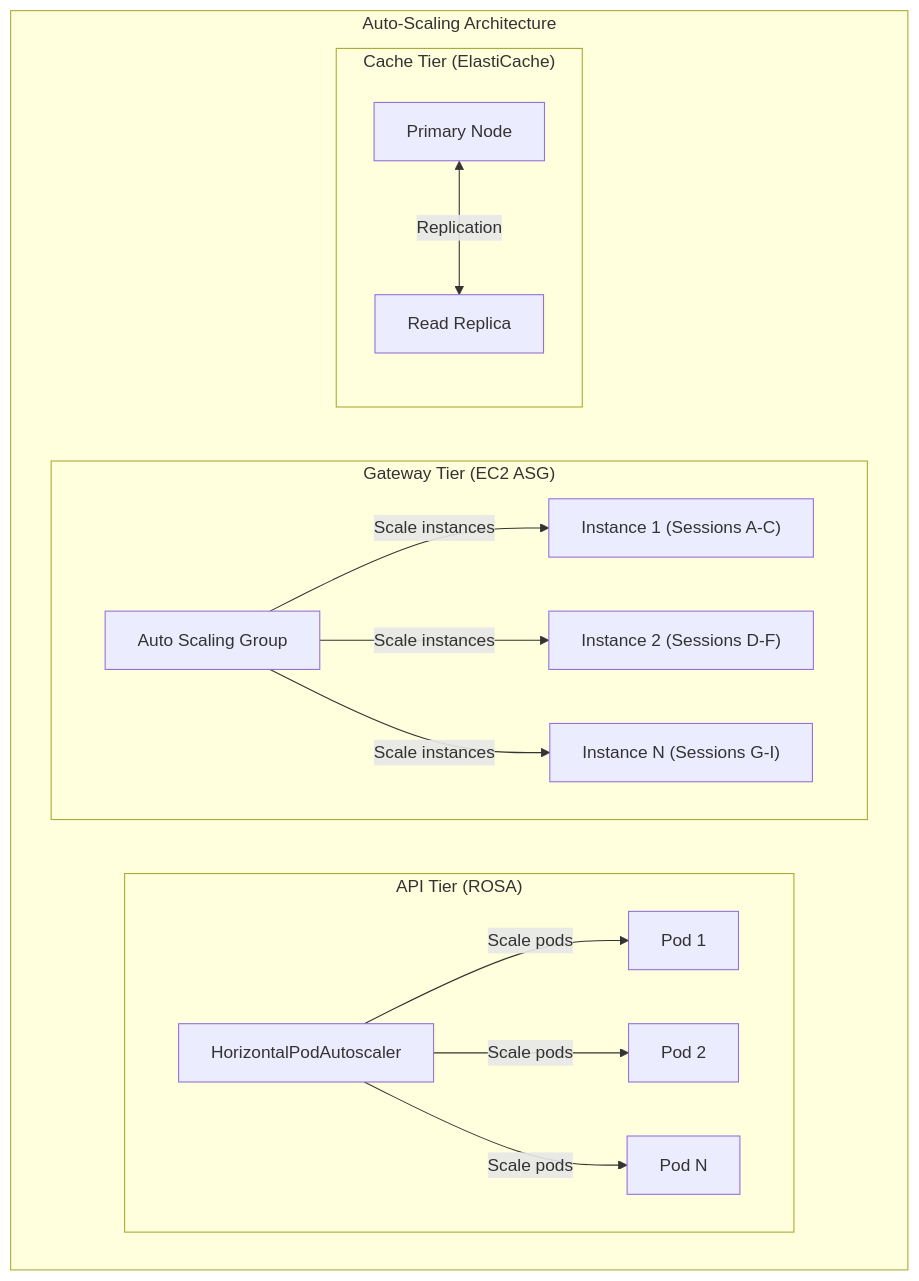
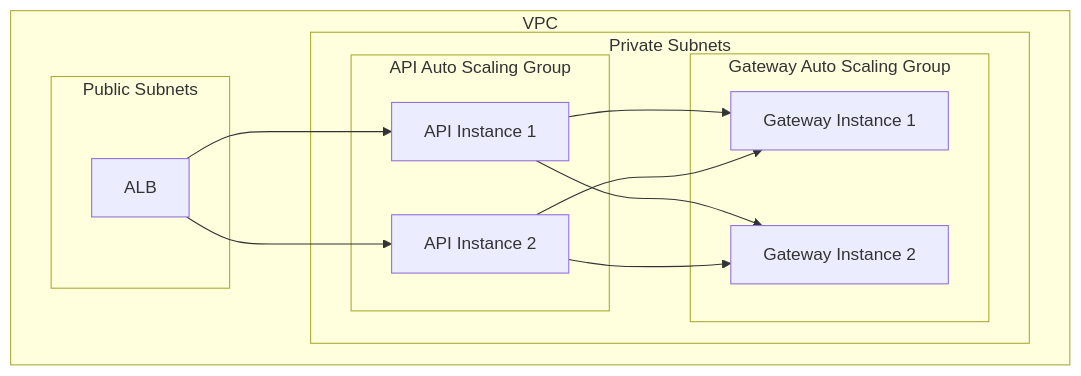
Before and after one commit to gurungabit/iast: the second of 2 diagrams in docs/AWS_DEPLOYMENT.md, drawn with Mermaid. The commit also changed other lines of this file and 33 other files, not shown here.

````diff
--- a/docs/AWS_DEPLOYMENT.md
+++ b/docs/AWS_DEPLOYMENT.md
@@ -150,29 +284,23 @@
 ```mermaid
 flowchart TB
-    subgraph Scaling["Auto-Scaling Architecture"]
-        subgraph API["API Tier (ROSA)"]
-            direction LR
-            Pod1["Pod 1"]
-            Pod2["Pod 2"]
-            PodN["Pod N"]
-            HPA["HorizontalPodAutoscaler"]
+    subgraph VPC["VPC"]
+        subgraph Public["Public Subnets"]
+            ALB["ALB"]
         end
-
-        subgraph Gateway["Gateway Tier (EC2 ASG)"]
-            direction LR
-            GW1["Instance 1 (Sessions A-C)"]
-            GW2["Instance 2 (Sessions D-F)"]
-            GWN["Instance N (Sessions G-I)"]
-            ASG["Auto Scaling Group"]
-        end
-
-        subgraph Cache["Cache Tier (ElastiCache)"]
-            Primary["Primary Node"]
-            Replica["Read Replica"]
+        
+        subgraph Private["Private Subnets"]
+            subgraph ASG_API["API Auto Scaling Group"]
+                API1["API Instance 1"]
+                API2["API Instance 2"]
+            end
+            
+            subgraph ASG_GW["Gateway Auto Scaling Group"]
+                GW1["Gateway Instance 1"]
+                GW2["Gateway Instance 2"]
+            end
         end
     end
-
-    HPA -->|"Scale pods"| Pod1 & Pod2 & PodN
-    ASG -->|"Scale instances"| GW1 & GW2 & GWN
-    Primary <-->|"Replication"| Replica
+    
+    ALB --> API1 & API2
+    API1 & API2 --> GW1 & GW2
 ```
````
